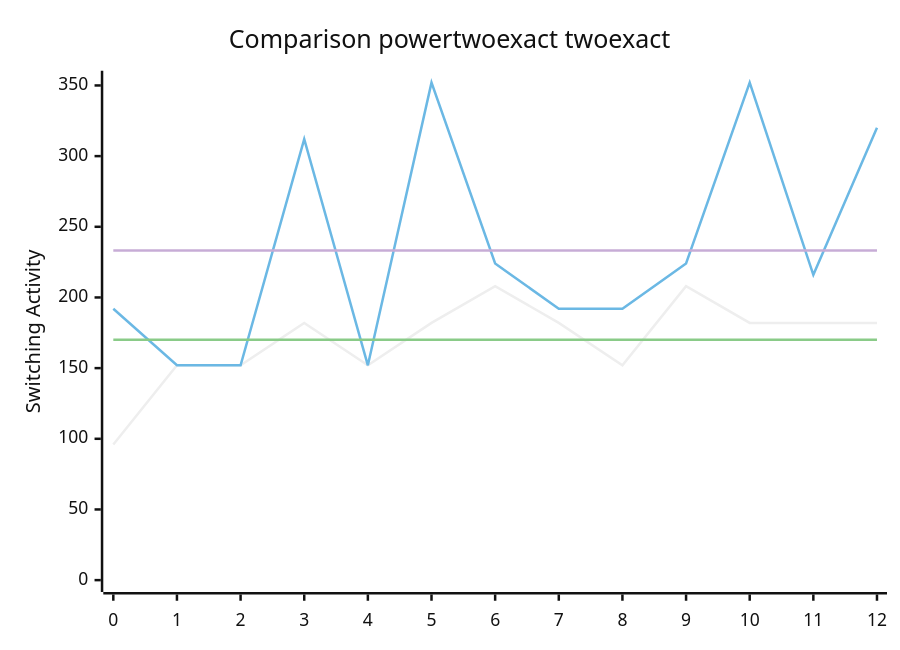
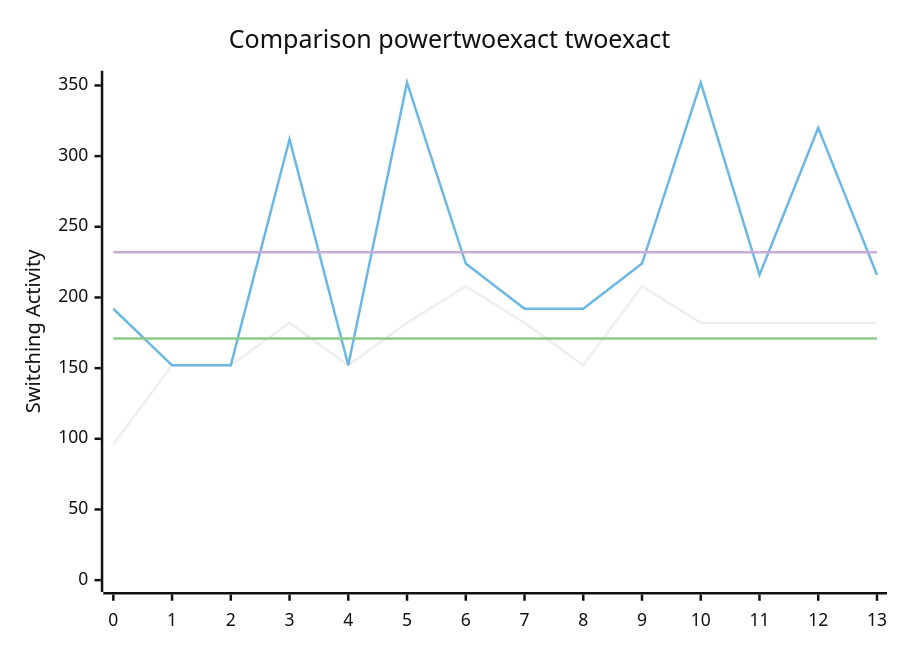
One commit to FeldmeierMichael/Exact-Power-Synthesis changed the diagram in benchmark.md. Above: the diagram before and after it, drawn with Mermaid (neutral theme). The commit also changed other lines of this file and 2 other files, not shown here.

````diff
--- a/benchmark.md
+++ b/benchmark.md
@@ -29,10 +31,10 @@
 ```mermaid
 xychart-beta
     title "Comparison powertwoexact twoexact"
-    x-axis [0, 1, 2, 3, 4, 5, 6, 7, 8, 9, 10, 11, 12]
+    x-axis [0, 1, 2, 3, 4, 5, 6, 7, 8, 9, 10, 11, 12, 13]
     y-axis "Switching Activity" 0-->352
-    line [96, 152, 152, 182, 152, 182, 208, 182, 152, 208, 182, 182, 182]
-    line [192, 152, 152, 312, 152, 352, 224, 192, 192, 224, 352, 216, 320]
-    line [170.15384615384616, 170.15384615384616, 170.15384615384616, 170.15384615384616, 170.15384615384616, 170.15384615384616, 170.15384615384616, 170.15384615384616, 170.15384615384616, 170.15384615384616, 170.15384615384616, 170.15384615384616, 170.15384615384616]
-    line [233.23076923076923, 233.23076923076923, 233.23076923076923, 233.23076923076923, 233.23076923076923, 233.23076923076923, 233.23076923076923, 233.23076923076923, 233.23076923076923, 233.23076923076923, 233.23076923076923, 233.23076923076923, 233.23076923076923]
+    line [96, 152, 152, 182, 152, 182, 208, 182, 152, 208, 182, 182, 182, 182]
+    line [192, 152, 152, 312, 152, 352, 224, 192, 192, 224, 352, 216, 320, 216]
+    line [171.0, 171.0, 171.0, 171.0, 171.0, 171.0, 171.0, 171.0, 171.0, 171.0, 171.0, 171.0, 171.0, 171.0]
+    line [232.0, 232.0, 232.0, 232.0, 232.0, 232.0, 232.0, 232.0, 232.0, 232.0, 232.0, 232.0, 232.0, 232.0]
 ```
````
